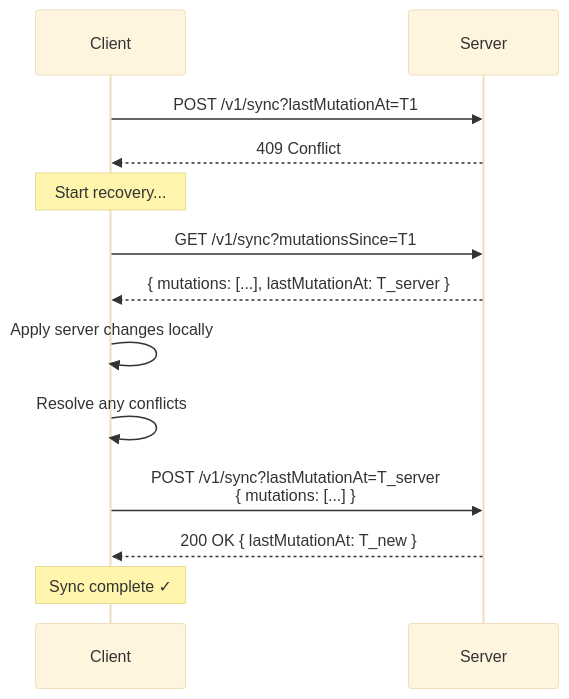
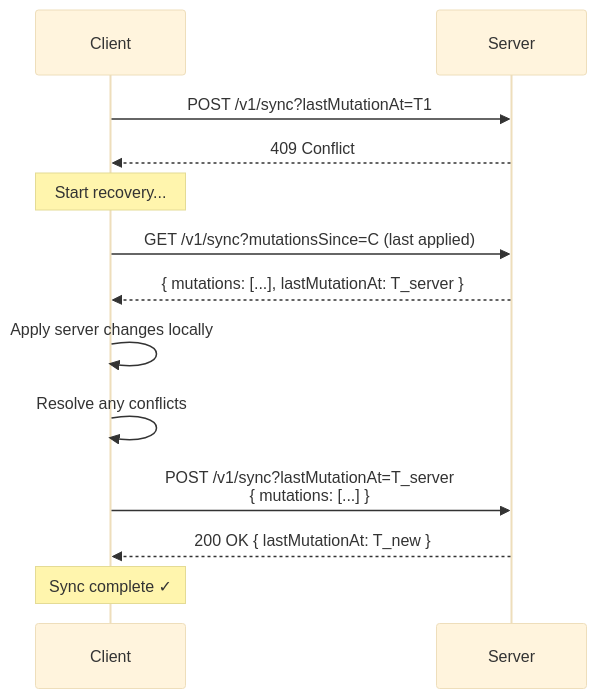
The second of 2 diagrams in docs/tutorials/sync/handling-conflicts.mdx (quran/qf-api-docs), drawn with Mermaid (base theme) before and after one commit. The commit also changed other lines of this file and 2 other files, not shown here.

First line of the commit message:
docs(sync): split pull continuation rules for production and pre-live

````diff
--- a/docs/tutorials/sync/handling-conflicts.mdx
+++ b/docs/tutorials/sync/handling-conflicts.mdx
@@ -56,21 +57,21 @@
 ```mermaid
 sequenceDiagram
     participant Client
     participant Server
 
     Client->>Server: POST /v1/sync?lastMutationAt=T1
     Server-->>Client: 409 Conflict
 
     Note over Client: Start recovery...
 
-    Client->>Server: GET /v1/sync?mutationsSince=T1
+    Client->>Server: GET /v1/sync?mutationsSince=C (last applied)
     Server-->>Client: { mutations: [...], lastMutationAt: T_server }
 
     Client->>Client: Apply server changes locally
     Client->>Client: Resolve any conflicts
 
     Client->>Server: POST /v1/sync?lastMutationAt=T_server<br/>{ mutations: [...] }
     Server-->>Client: 200 OK { lastMutationAt: T_new }
 
     Note over Client: Sync complete ✓
 ```
````
